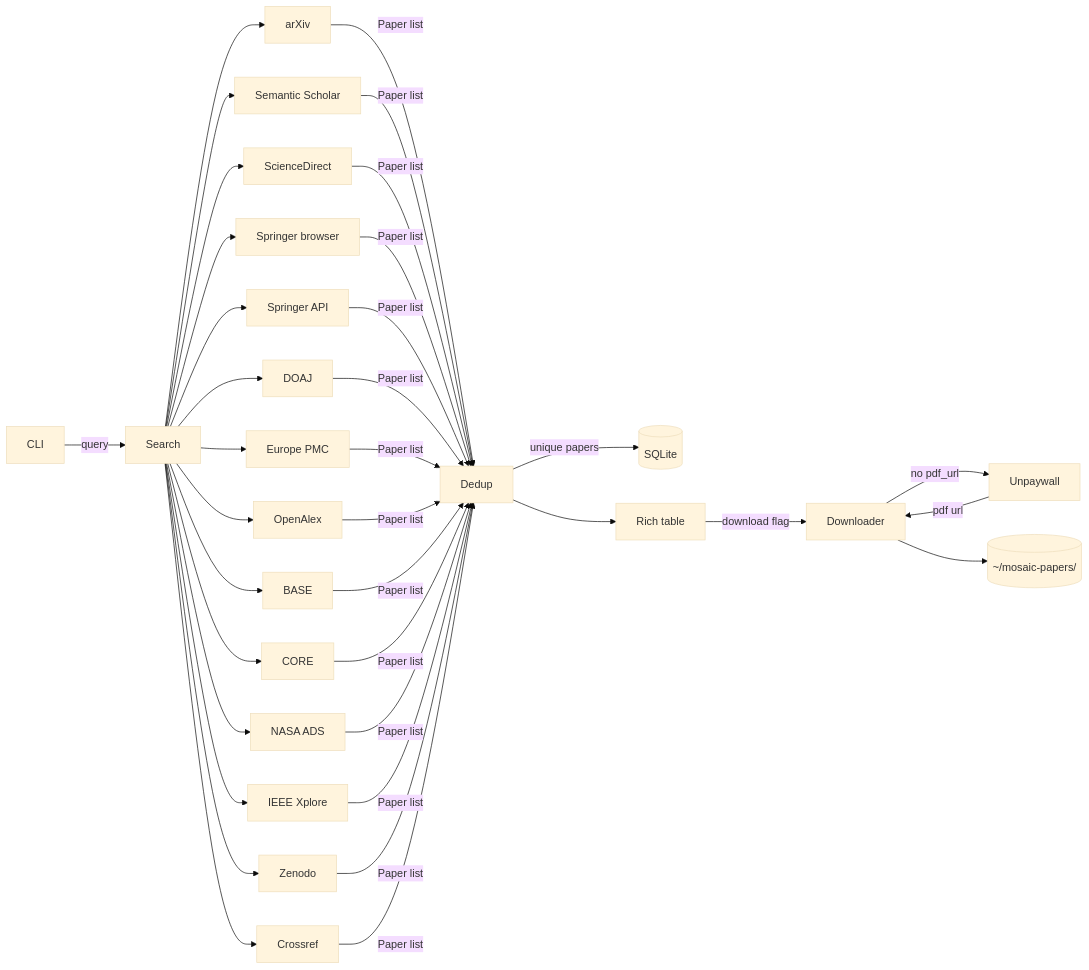
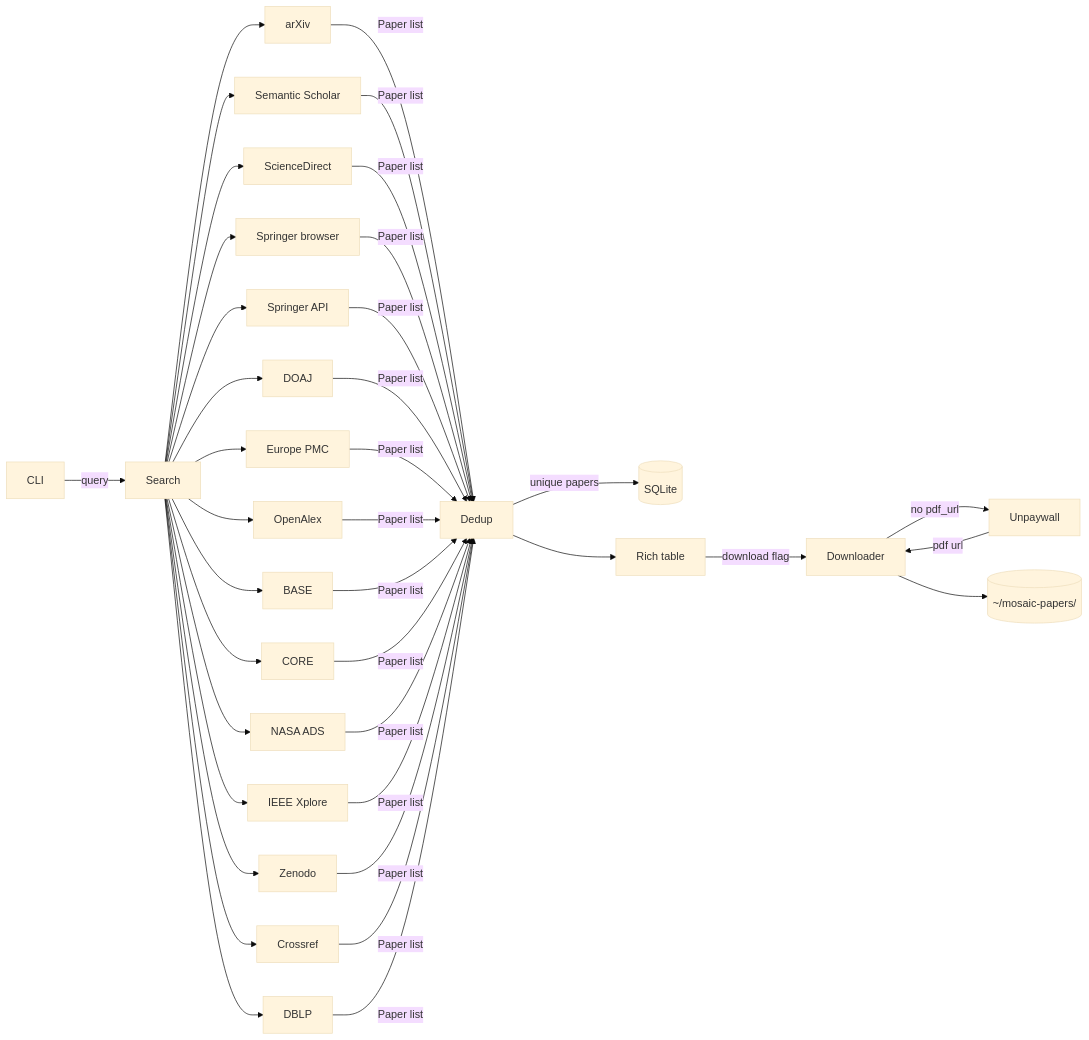
One commit to szaghi/mosaic changed the diagram in docs/index.md. Above: the diagram before and after it, drawn with Mermaid (base theme). The commit also changed other lines of this file and 12 other files, not shown here.

First line of the commit message:
feat(sources): add DBLP computer science bibliography source

````diff
--- a/docs/index.md
+++ b/docs/index.md
@@ -57,12 +57,12 @@
 ```mermaid
 flowchart LR
     CLI -->|query| Search
-    Search --> arXiv & SS[Semantic Scholar] & SD[ScienceDirect] & SP[Springer browser] & SPN[Springer API] & DOAJ & EPMC[Europe PMC] & OA[OpenAlex] & BASE & CORE & ADS[NASA ADS] & IEEE[IEEE Xplore] & ZEN[Zenodo] & CR[Crossref]
-    arXiv & SS & SD & SP & SPN & DOAJ & EPMC & OA & BASE & CORE & ADS & IEEE & ZEN & CR -->|Paper list| Dedup
+    Search --> arXiv & SS[Semantic Scholar] & SD[ScienceDirect] & SP[Springer browser] & SPN[Springer API] & DOAJ & EPMC[Europe PMC] & OA[OpenAlex] & BASE & CORE & ADS[NASA ADS] & IEEE[IEEE Xplore] & ZEN[Zenodo] & CR[Crossref] & DBLP[DBLP]
+    arXiv & SS & SD & SP & SPN & DOAJ & EPMC & OA & BASE & CORE & ADS & IEEE & ZEN & CR & DBLP -->|Paper list| Dedup
     Dedup -->|unique papers| Cache[(SQLite)]
     Dedup --> Table[Rich table]
     Table -->|download flag| DL[Downloader]
     DL -->|no pdf_url| UPW[Unpaywall]
     UPW -->|pdf url| DL
     DL --> Disk[(~/mosaic-papers/)]
 ```
````
